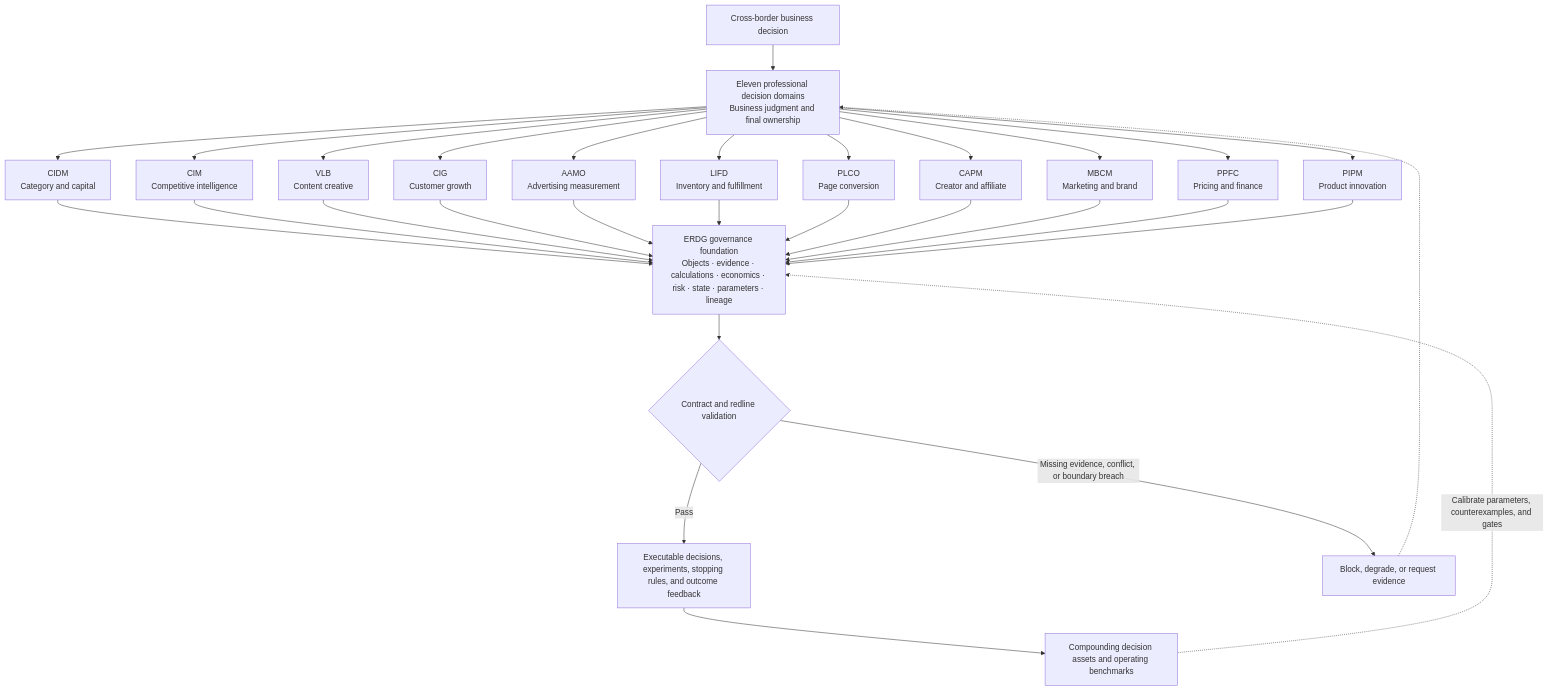
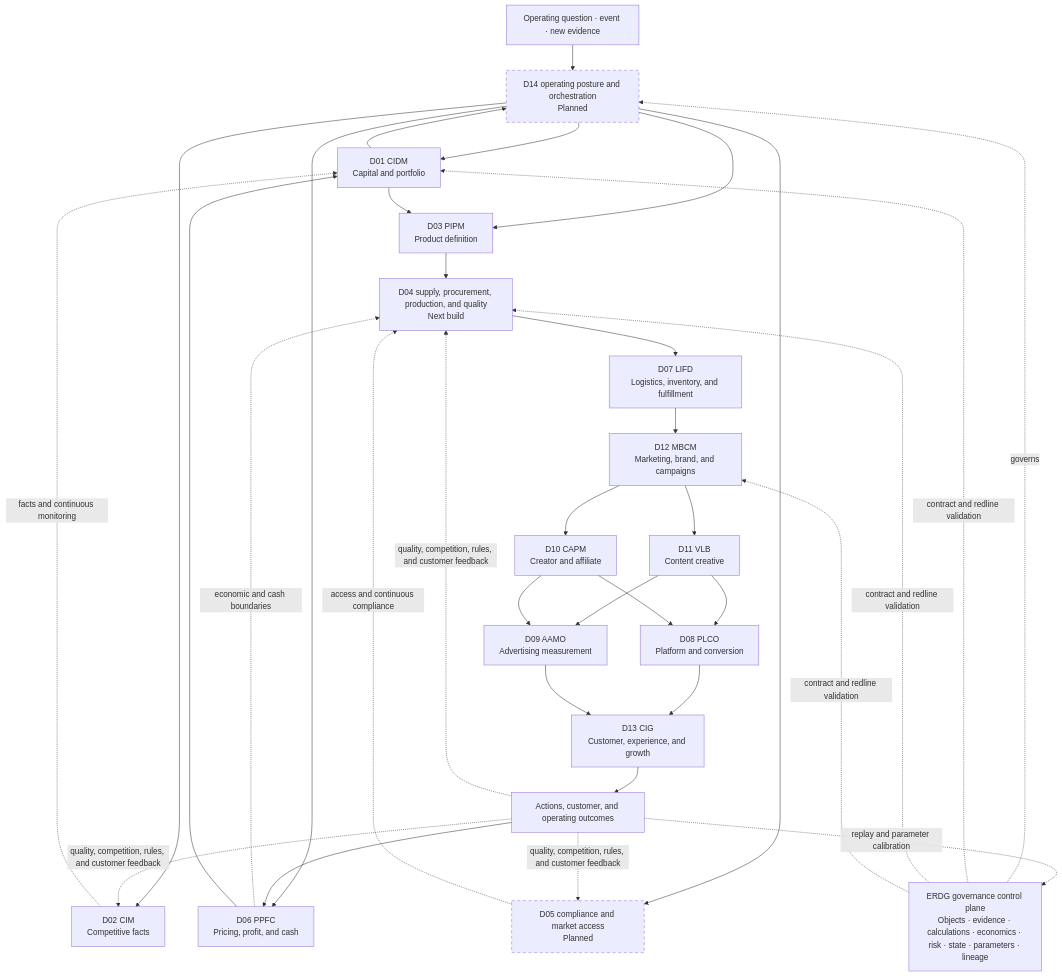
The first of 2 diagrams in README.en.md (saye-chen/CrossBorder-Decision-Lab), drawn with Mermaid before and after one commit. The commit also changed other lines of this file and 237 other files, not shown here.

Commit message:
upgrade ERDG governance and audit evidence

````diff
--- a/README.en.md
+++ b/README.en.md
@@ -73,24 +75,34 @@
 ```mermaid
 flowchart TB
-    U["Cross-border business decision"] --> D["Eleven professional decision domains<br/>Business judgment and final ownership"]
-
-    D --> CIDM["CIDM<br/>Category and capital"]
-    D --> CIM["CIM<br/>Competitive intelligence"]
-    D --> VLB["VLB<br/>Content creative"]
-    D --> CIG["CIG<br/>Customer growth"]
-    D --> AAMO["AAMO<br/>Advertising measurement"]
-    D --> LIFD["LIFD<br/>Inventory and fulfillment"]
-    D --> PLCO["PLCO<br/>Page conversion"]
-    D --> CAPM["CAPM<br/>Creator and affiliate"]
-    D --> MBCM["MBCM<br/>Marketing and brand"]
-    D --> PPFC["PPFC<br/>Pricing and finance"]
-    D --> PIPM["PIPM<br/>Product innovation"]
-
-    CIDM & CIM & VLB & CIG & AAMO & LIFD & PLCO & CAPM & MBCM & PPFC & PIPM --> E["ERDG governance foundation<br/>Objects · evidence · calculations · economics · risk · state · parameters · lineage"]
-    E --> G{"Contract and redline validation"}
-    G -->|"Pass"| O["Executable decisions, experiments, stopping rules, and outcome feedback"]
-    G -->|"Missing evidence, conflict, or boundary breach"| B["Block, degrade, or request evidence"]
-    B -.-> D
-    O --> A["Compounding decision assets and operating benchmarks"]
-    A -.->|"Calibrate parameters, counterexamples, and gates"| E
+    U["Operating question · event · new evidence"] --> D14["D14 operating posture and orchestration<br/>Planned"]
+    D14 --> D01["D01 CIDM<br/>Capital and portfolio"]
+    D14 --> D02["D02 CIM<br/>Competitive facts"]
+    D14 --> D03["D03 PIPM<br/>Product definition"]
+    D14 --> D05["D05 compliance and market access<br/>Planned"]
+    D14 --> D06["D06 PPFC<br/>Pricing, profit, and cash"]
+    D01 --> D03 --> D04["D04 supply, procurement, production, and quality<br/>Next build"] --> D07["D07 LIFD<br/>Logistics, inventory, and fulfillment"]
+    D07 --> D12["D12 MBCM<br/>Marketing, brand, and campaigns"]
+    D12 --> D11["D11 VLB<br/>Content creative"]
+    D12 --> D10["D10 CAPM<br/>Creator and affiliate"]
+    D11 --> D08["D08 PLCO<br/>Platform and conversion"]
+    D11 --> D09["D09 AAMO<br/>Advertising measurement"]
+    D10 --> D08
+    D10 --> D09
+    D08 --> D13["D13 CIG<br/>Customer, experience, and growth"]
+    D09 --> D13
+    D02 -.facts and continuous monitoring.-> D01
+    D05 -.access and continuous compliance.-> D04
+    D06 -.economic and cash boundaries.-> D04
+    D13 --> O["Actions, customer, and operating outcomes"]
+    O --> D06 --> D01 --> D14
+    O -.quality, competition, rules, and customer feedback.-> D02
+    O -.quality, competition, rules, and customer feedback.-> D04
+    O -.quality, competition, rules, and customer feedback.-> D05
+    E["ERDG governance control plane<br/>Objects · evidence · calculations · economics · risk · state · parameters · lineage"] -.governs.-> D14
+    E -.contract and redline validation.-> D01
+    E -.contract and redline validation.-> D04
+    E -.contract and redline validation.-> D12
+    O -.replay and parameter calibration.-> E
+    classDef planned stroke-dasharray:6 5
+    class D05,D14 planned
 ```
````
